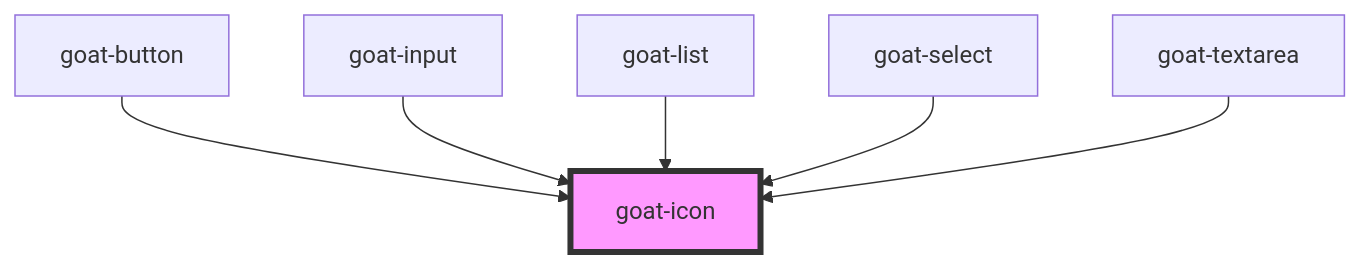
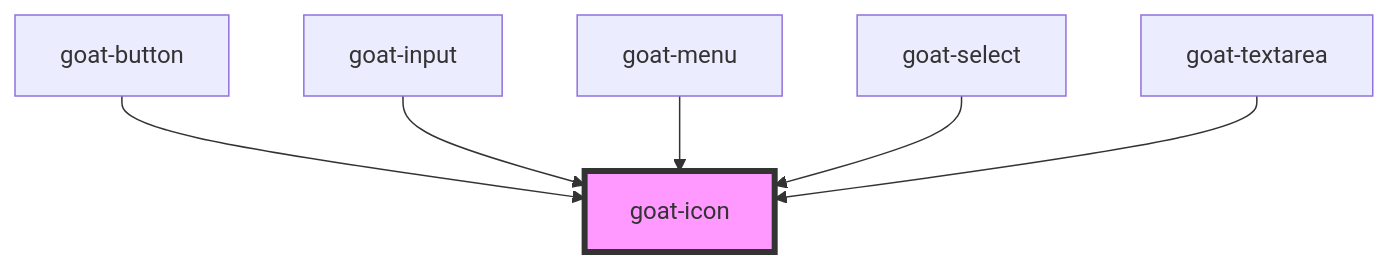
Before and after one commit to goatui/components: the diagram in src/components/content/icon/readme.md, drawn with Mermaid. The commit also changed other lines of this file and 94 other files, not shown here.

````diff
--- a/src/components/content/icon/readme.md
+++ b/src/components/content/icon/readme.md
@@ -28,9 +28,9 @@
 ```mermaid
 graph TD;
   goat-button --> goat-icon
   goat-input --> goat-icon
-  goat-list --> goat-icon
+  goat-menu --> goat-icon
   goat-select --> goat-icon
   goat-textarea --> goat-icon
   style goat-icon fill:#f9f,stroke:#333,stroke-width:4px
 ```
````
